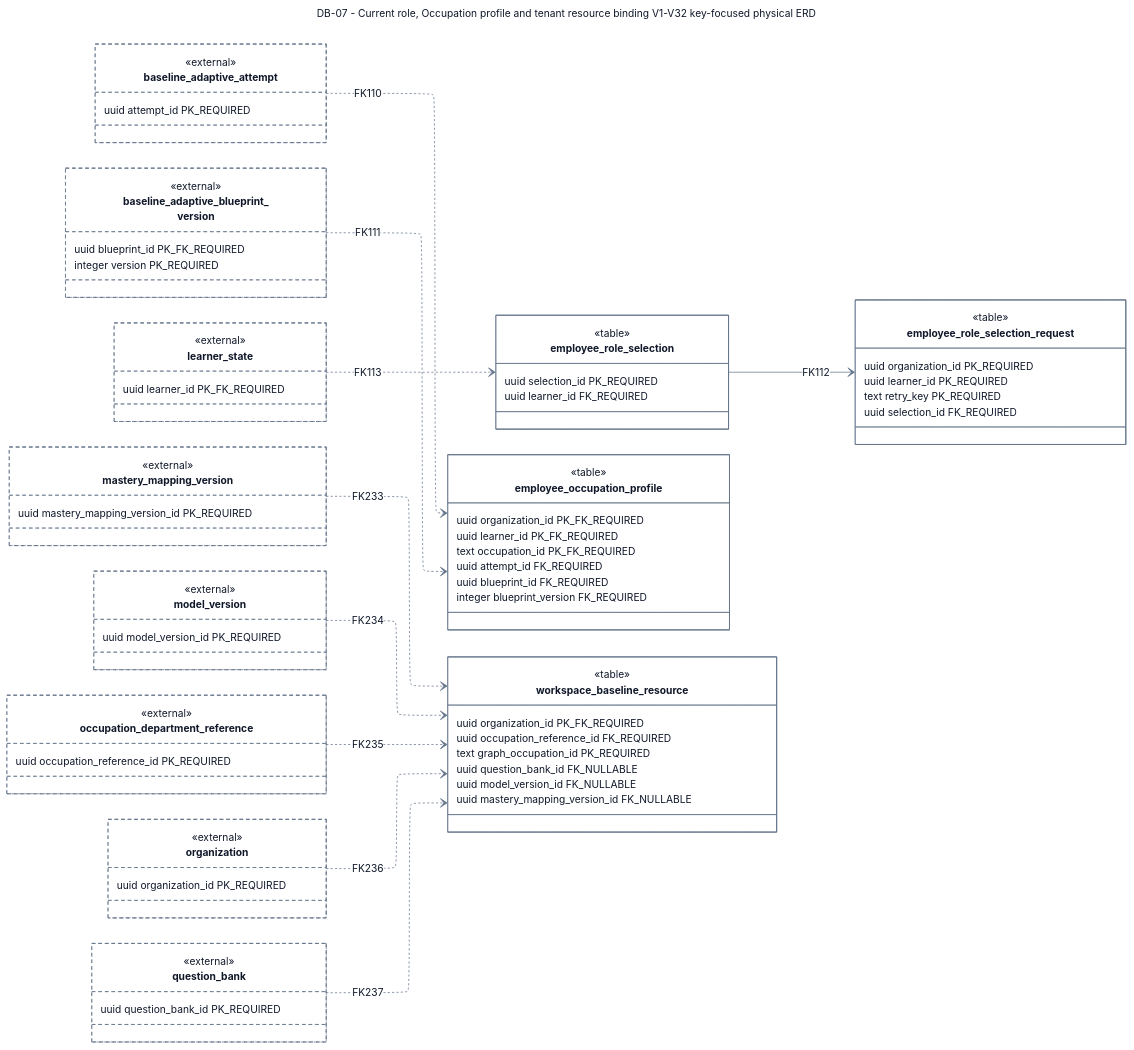
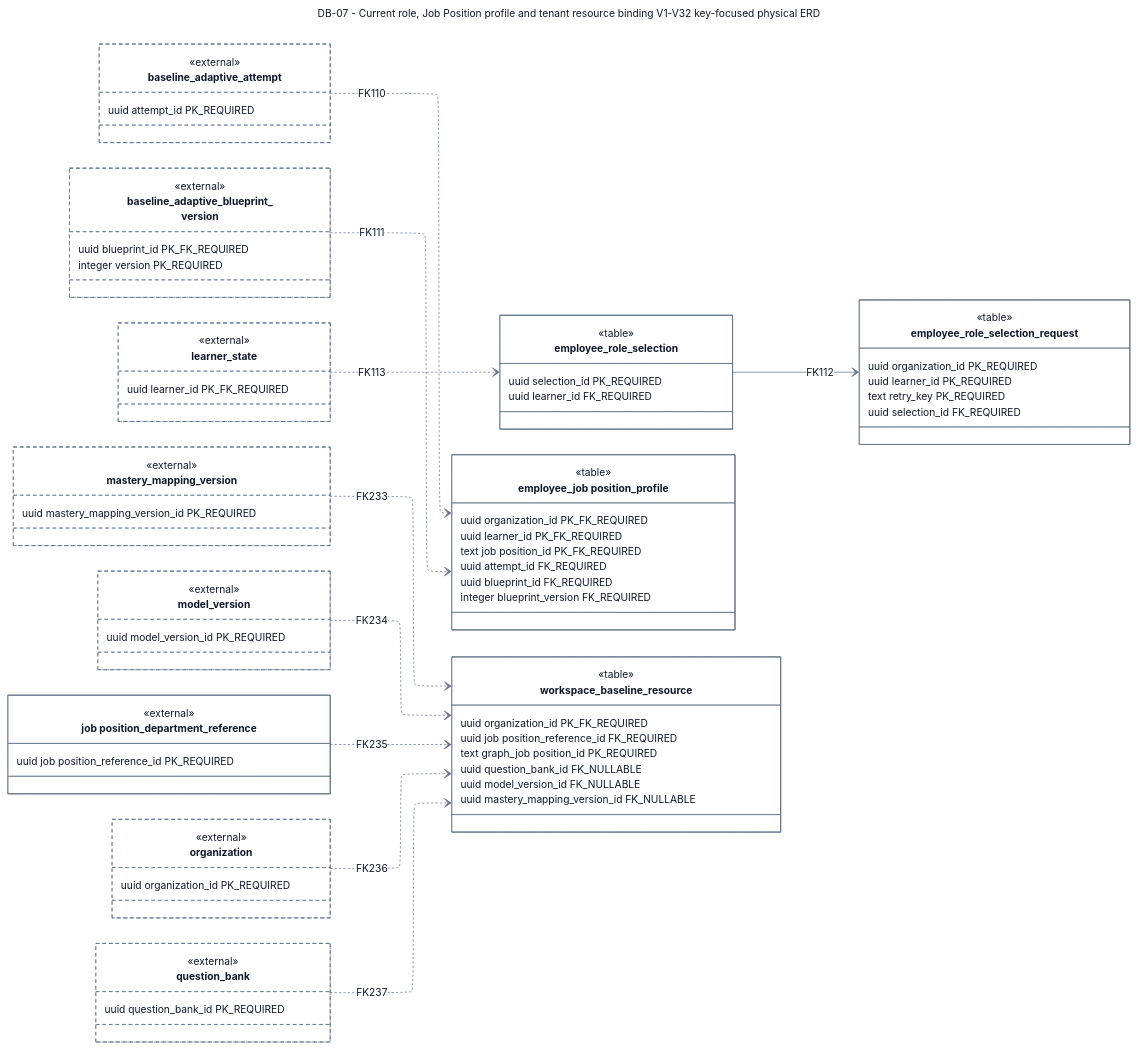
One commit to SEP490-Fall-2026-GFA26SE64/SEP490 changed the diagram in documents/diagrams/mermaid/db-07.mmd. Above: the diagram before and after it, drawn with Mermaid. The commit also changed 760 other files, not shown here.

Commit message:
feat: implement department & job position governance, user assignment, and ontology graph styling

```diff
--- a/documents/diagrams/mermaid/db-07.mmd
+++ b/documents/diagrams/mermaid/db-07.mmd
@@ -1,87 +1,87 @@
 ---
-title: "DB-07 - Current role, Occupation profile and tenant resource binding V1-V32 key-focused physical ERD"
+title: "DB-07 - Current role, Job Position profile and tenant resource binding V1-V32 key-focused physical ERD"
 config: {"theme":"base","fontFamily":"Segoe UI, Arial, sans-serif","themeVariables":{"fontFamily":"Segoe UI, Arial, sans-serif","fontSize":"14px","primaryColor":"#ffffff","primaryTextColor":"#0f1729","primaryBorderColor":"#64748b","secondaryColor":"#fef3eb","tertiaryColor":"#ffffff","lineColor":"#64748b","textColor":"#0f1729","mainBkg":"#ffffff","background":"#ffffff","clusterBkg":"#ffffff","clusterBorder":"#64748b","edgeLabelBackground":"#ffffff","titleColor":"#0f1729","noteBkgColor":"#fef3eb","noteTextColor":"#0f1729","noteBorderColor":"#e6650f","classText":"#0f1729","secondaryBorderColor":"#64748b","tertiaryBorderColor":"#64748b","secondaryTextColor":"#0f1729","tertiaryTextColor":"#0f1729"},"layout":"elk","class":{"hideEmptyMembersBox":true,"nodeSpacing":44,"rankSpacing":70,"padding":12,"diagramPadding":24}}
 ---
 classDiagram
   direction LR
   class SDD_DB_07_t_employee_role_selection["employee_role_selection"] {
     <<table>>
     uuid selection_id PK_REQUIRED
     uuid learner_id FK_REQUIRED
   }
   class SDD_DB_07_t_employee_role_selection_request["employee_role_selection_request"] {
     <<table>>
     uuid organization_id PK_REQUIRED
     uuid learner_id PK_REQUIRED
     text retry_key PK_REQUIRED
     uuid selection_id FK_REQUIRED
   }
-  class SDD_DB_07_t_employee_occupation_profile["employee_occupation_profile"] {
+  class SDD_DB_07_t_employee_job position_profile["employee_job position_profile"] {
     <<table>>
     uuid organization_id PK_FK_REQUIRED
     uuid learner_id PK_FK_REQUIRED
-    text occupation_id PK_FK_REQUIRED
+    text job position_id PK_FK_REQUIRED
     uuid attempt_id FK_REQUIRED
     uuid blueprint_id FK_REQUIRED
     integer blueprint_version FK_REQUIRED
   }
   class SDD_DB_07_t_workspace_baseline_resource["workspace_baseline_resource"] {
     <<table>>
     uuid organization_id PK_FK_REQUIRED
-    uuid occupation_reference_id FK_REQUIRED
-    text graph_occupation_id PK_REQUIRED
+    uuid job position_reference_id FK_REQUIRED
+    text graph_job position_id PK_REQUIRED
     uuid question_bank_id FK_NULLABLE
     uuid model_version_id FK_NULLABLE
     uuid mastery_mapping_version_id FK_NULLABLE
   }
   class SDD_DB_07_t_baseline_adaptive_attempt["baseline_adaptive_attempt"] {
     <<external>>
     uuid attempt_id PK_REQUIRED
   }
   class SDD_DB_07_t_baseline_adaptive_blueprint_version["baseline_adaptive_blueprint_<br/>version"] {
     <<external>>
     uuid blueprint_id PK_FK_REQUIRED
     integer version PK_REQUIRED
   }
   class SDD_DB_07_t_learner_state["learner_state"] {
     <<external>>
     uuid learner_id PK_FK_REQUIRED
   }
   class SDD_DB_07_t_mastery_mapping_version["mastery_mapping_version"] {
     <<external>>
     uuid mastery_mapping_version_id PK_REQUIRED
   }
   class SDD_DB_07_t_model_version["model_version"] {
     <<external>>
     uuid model_version_id PK_REQUIRED
   }
-  class SDD_DB_07_t_occupation_department_reference["occupation_department_reference"] {
+  class SDD_DB_07_t_job position_department_reference["job position_department_reference"] {
     <<external>>
-    uuid occupation_reference_id PK_REQUIRED
+    uuid job position_reference_id PK_REQUIRED
   }
   class SDD_DB_07_t_organization["organization"] {
     <<external>>
     uuid organization_id PK_REQUIRED
   }
   class SDD_DB_07_t_question_bank["question_bank"] {
     <<external>>
     uuid question_bank_id PK_REQUIRED
   }
-  SDD_DB_07_t_baseline_adaptive_attempt ..> SDD_DB_07_t_employee_occupation_profile : FK110
-  SDD_DB_07_t_baseline_adaptive_blueprint_version ..> SDD_DB_07_t_employee_occupation_profile : FK111
+  SDD_DB_07_t_baseline_adaptive_attempt ..> SDD_DB_07_t_employee_job position_profile : FK110
+  SDD_DB_07_t_baseline_adaptive_blueprint_version ..> SDD_DB_07_t_employee_job position_profile : FK111
   SDD_DB_07_t_employee_role_selection --> SDD_DB_07_t_employee_role_selection_request : FK112
   SDD_DB_07_t_learner_state ..> SDD_DB_07_t_employee_role_selection : FK113
   SDD_DB_07_t_mastery_mapping_version ..> SDD_DB_07_t_workspace_baseline_resource : FK233
   SDD_DB_07_t_model_version ..> SDD_DB_07_t_workspace_baseline_resource : FK234
-  SDD_DB_07_t_occupation_department_reference ..> SDD_DB_07_t_workspace_baseline_resource : FK235
+  SDD_DB_07_t_job position_department_reference ..> SDD_DB_07_t_workspace_baseline_resource : FK235
   SDD_DB_07_t_organization ..> SDD_DB_07_t_workspace_baseline_resource : FK236
   SDD_DB_07_t_question_bank ..> SDD_DB_07_t_workspace_baseline_resource : FK237
 
   style SDD_DB_07_t_baseline_adaptive_attempt fill:#ffffff,stroke:#64748b,color:#0f1729,stroke-dasharray:5 4
   style SDD_DB_07_t_baseline_adaptive_blueprint_version fill:#ffffff,stroke:#64748b,color:#0f1729,stroke-dasharray:5 4
   style SDD_DB_07_t_learner_state fill:#ffffff,stroke:#64748b,color:#0f1729,stroke-dasharray:5 4
   style SDD_DB_07_t_mastery_mapping_version fill:#ffffff,stroke:#64748b,color:#0f1729,stroke-dasharray:5 4
   style SDD_DB_07_t_model_version fill:#ffffff,stroke:#64748b,color:#0f1729,stroke-dasharray:5 4
-  style SDD_DB_07_t_occupation_department_reference fill:#ffffff,stroke:#64748b,color:#0f1729,stroke-dasharray:5 4
+  style SDD_DB_07_t_job position_department_reference fill:#ffffff,stroke:#64748b,color:#0f1729,stroke-dasharray:5 4
   style SDD_DB_07_t_organization fill:#ffffff,stroke:#64748b,color:#0f1729,stroke-dasharray:5 4
   style SDD_DB_07_t_question_bank fill:#ffffff,stroke:#64748b,color:#0f1729,stroke-dasharray:5 4
```
